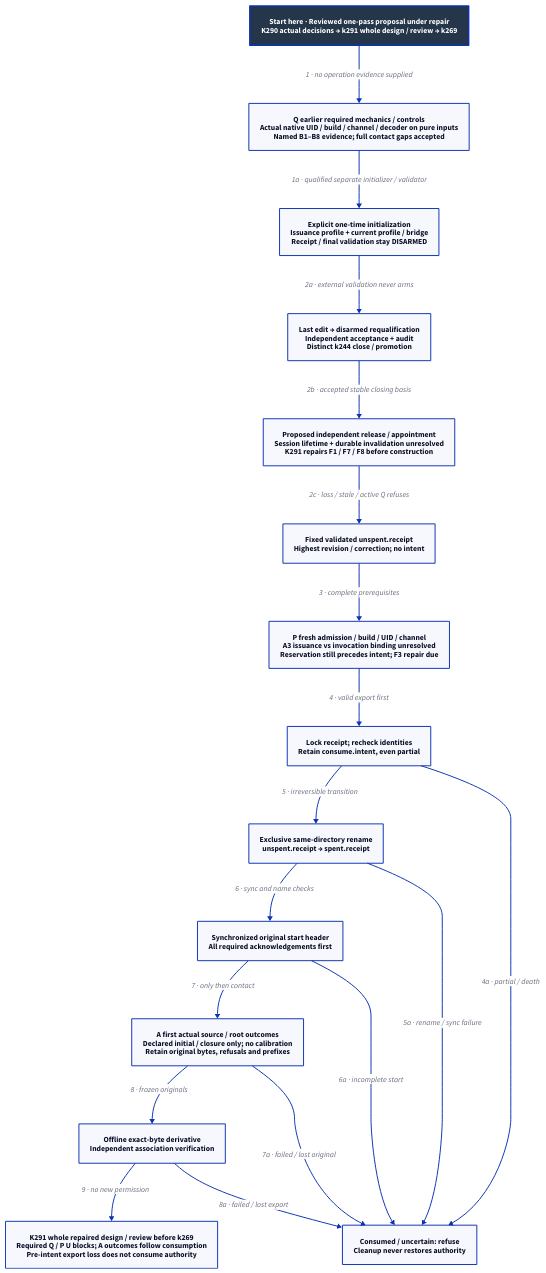
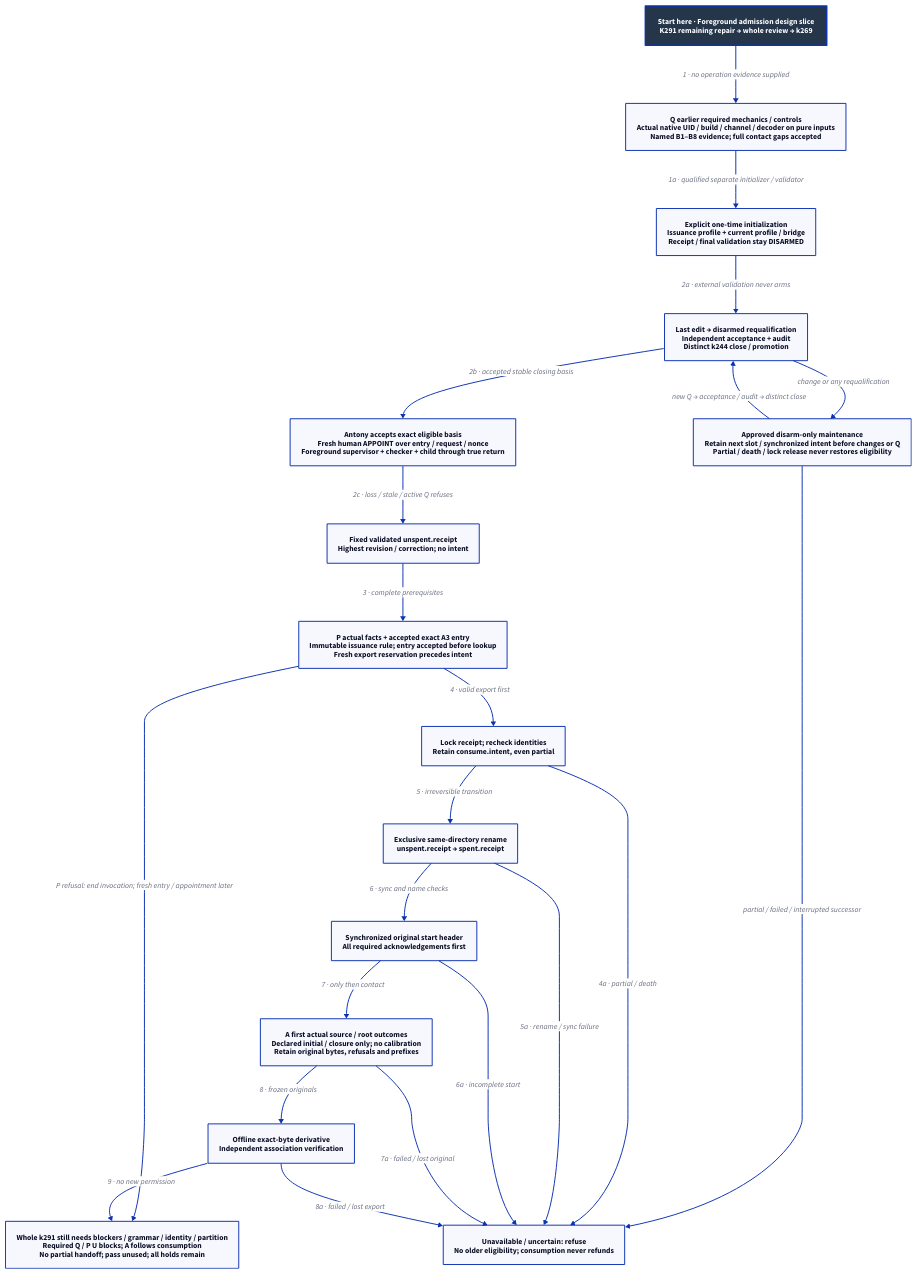
Before and after one commit to Linkuistics/Koine: the diagram in docs/design/architecture/native-reference-admission.d2, drawn with D2. The commit also changed 20 other files, not shown here.

Commit message:
Design foreground admission (reference-evidence-foreground-admission-k292)

```diff
--- a/docs/design/architecture/native-reference-admission.d2
+++ b/docs/design/architecture/native-reference-admission.d2
@@ -1,36 +1,41 @@
 # Proposed lifecycle; complete contract is normative and qualification remains due.
 direction: down
 classes: {
   start: {style: {fill: "#25364B"; font-color: "#FFFFFF"; bold: true; stroke-width: 3}}
 }
-Start: "Start here · Reviewed one-pass proposal under repair\nK290 actual decisions → k291 whole design / review → k269" {class: start}
+Start: "Start here · Foreground admission design slice\nK291 remaining repair → whole review → k269" {class: start}
 Qualify: "Q earlier required mechanics / controls\nActual native UID / build / channel / decoder on pure inputs\nNamed B1–B8 evidence; full contact gaps accepted"
 Provision: "Explicit one-time initialization\nIssuance profile + current profile / bridge\nReceipt / final validation stay DISARMED"
 Final: "Last edit → disarmed requalification\nIndependent acceptance + audit\nDistinct k244 close / promotion"
-Release: "Proposed independent release / appointment\nSession lifetime + durable invalidation unresolved\nK291 repairs F1 / F7 / F8 before construction"
+Release: "Antony accepts exact eligible basis\nFresh human APPOINT over entry / request / nonce\nForeground supervisor + checker + child through true return"
 Ready: "Fixed validated unspent.receipt\nHighest revision / correction; no intent"
-Export: "P fresh admission / build / UID / channel\nA3 issuance vs invocation binding unresolved\nReservation still precedes intent; F3 repair due"
+Export: "P actual facts + accepted exact A3 entry\nImmutable issuance rule; entry accepted before lookup\nFresh export reservation precedes intent"
 Intent: "Lock receipt; recheck identities\nRetain consume.intent, even partial"
 Spent: "Exclusive same-directory rename\nunspent.receipt → spent.receipt"
 Original: "Synchronized original start header\nAll required acknowledgements first"
 Capture: "A first actual source / root outcomes\nDeclared initial / closure only; no calibration\nRetain original bytes, refusals and prefixes"
 Derivative: "Offline exact-byte derivative\nIndependent association verification"
-Refuse: "Consumed / uncertain: refuse\nCleanup never restores authority"
-Limit: "K291 whole repaired design / review before k269\nRequired Q / P U blocks; A outcomes follow consumption\nPre-intent export loss does not consume authority"
+Refuse: "Unavailable / uncertain: refuse\nNo older eligibility; consumption never refunds"
+Limit: "Whole k291 still needs blockers / grammar / identity / partition\nRequired Q / P U blocks; A follows consumption\nNo partial handoff; pass unused; all holds remain"
+Maintenance: "Approved disarm-only maintenance\nRetain next slot / synchronized intent before changes or Q\nPartial / death / lock release never restores eligibility"
 Start -> Qualify: "1 · no operation evidence supplied"
 Qualify -> Provision: "1a · qualified separate initializer / validator"
 Provision -> Final: "2a · external validation never arms"
 Final -> Release: "2b · accepted stable closing basis"
+Final -> Maintenance: "change or any requalification"
+Maintenance -> Final: "new Q → acceptance / audit → distinct close"
+Maintenance -> Refuse: "partial / failed / interrupted successor"
 Release -> Ready: "2c · loss / stale / active Q refuses"
 Ready -> Export: "3 · complete prerequisites"
 Export -> Intent: "4 · valid export first"
+Export -> Limit: "P refusal: end invocation; fresh entry / appointment later"
 Intent -> Spent: "5 · irreversible transition"
 Spent -> Original: "6 · sync and name checks"
 Original -> Capture: "7 · only then contact"
 Capture -> Derivative: "8 · frozen originals"
 Derivative -> Limit: "9 · no new permission"
 Intent -> Refuse: "4a · partial / death"
 Spent -> Refuse: "5a · rename / sync failure"
 Original -> Refuse: "6a · incomplete start"
 Capture -> Refuse: "7a · failed / lost original"
 Derivative -> Refuse: "8a · failed / lost export"
```
